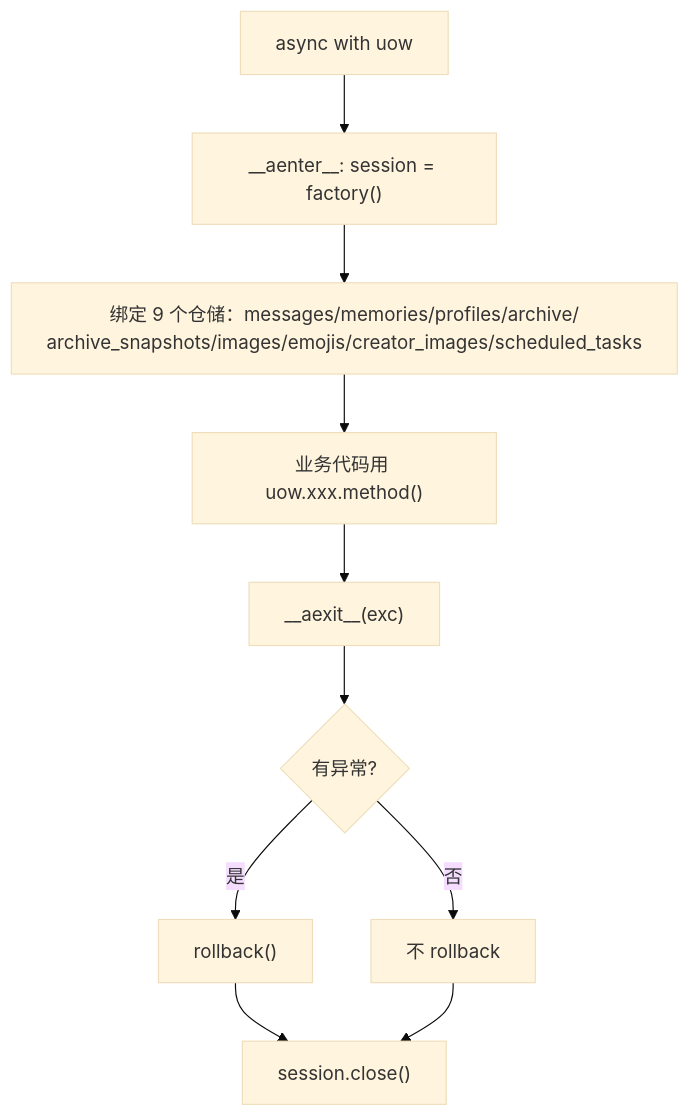
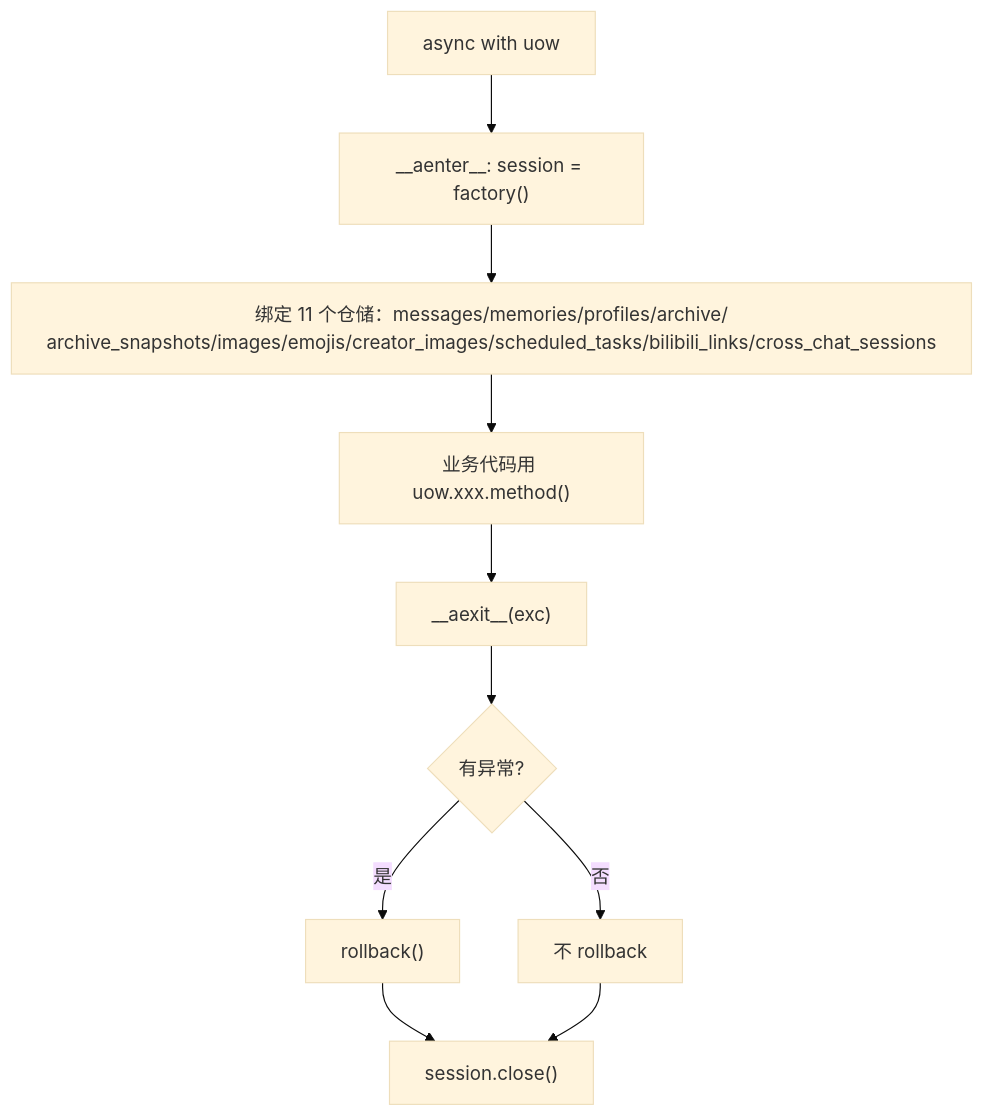
One commit to SuperQuail/NeoBot changed the fourth of 9 diagrams in docs/flow/22-storage-migrations.md. Above: the diagram before and after it, drawn with Mermaid (base theme). The commit also changed other lines of this file and 13 other files, not shown here.

First line of the commit message:
fix(cross_chat): 修正会话复用、进程隔离与写入顺序 (#287)

````diff
--- a/docs/flow/22-storage-migrations.md
+++ b/docs/flow/22-storage-migrations.md
@@ -96,12 +96,12 @@
 ```mermaid
 flowchart TD
     A["async with uow"] --> B["__aenter__: session = factory()"]
-    B --> C["绑定 9 个仓储：messages/memories/profiles/archive/<br/>archive_snapshots/images/emojis/creator_images/scheduled_tasks"]
+    B --> C["绑定 11 个仓储：messages/memories/profiles/archive/<br/>archive_snapshots/images/emojis/creator_images/scheduled_tasks/bilibili_links/cross_chat_sessions"]
     C --> D["业务代码用 uow.xxx.method()"]
     D --> E["__aexit__(exc)"]
     E --> F{"有异常?"}
     F -- 是 --> G["rollback()"]
     F -- 否 --> H["不 rollback"]
     G --> I["session.close()"]
     H --> I
 ```
````
